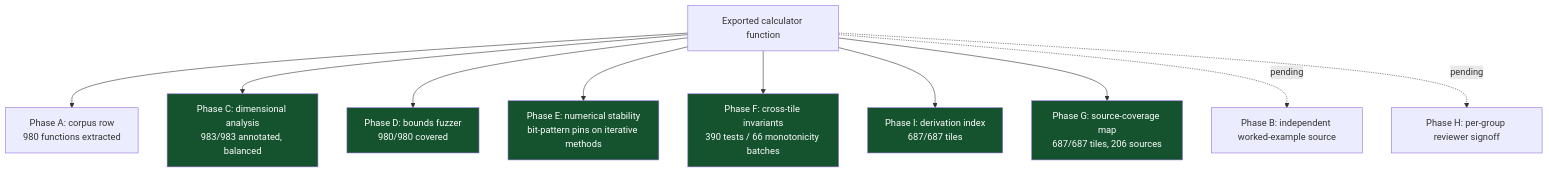
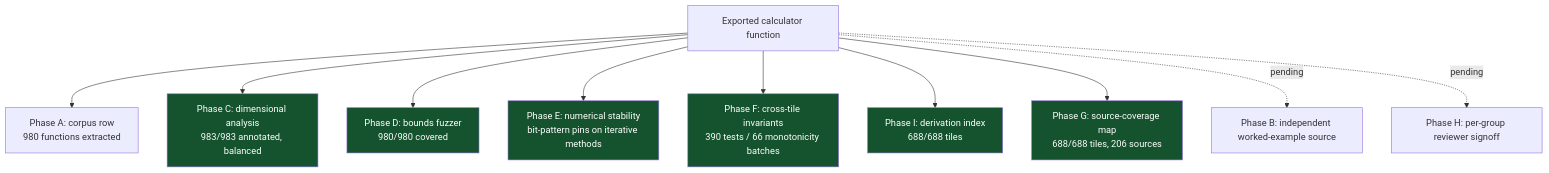
Before and after one commit to clay-good/roughlogic.com: the sixth of 8 diagrams in README.md, drawn with Mermaid. The commit also changed other lines of this file and 13 other files, not shown here.

````diff
--- a/README.md
+++ b/README.md
@@ -468,18 +470,18 @@
 ```mermaid
 flowchart TB
     F[Exported calculator function] --> A[Phase A: corpus row\n980 functions extracted]
     F --> C[Phase C: dimensional analysis\n983/983 annotated, balanced]
     F --> D[Phase D: bounds fuzzer\n980/980 covered]
     F --> E[Phase E: numerical stability\nbit-pattern pins on iterative methods]
     F --> Fa[Phase F: cross-tile invariants\n390 tests / 66 monotonicity batches]
-    F --> I[Phase I: derivation index\n687/687 tiles]
-    F --> G[Phase G: source-coverage map\n687/687 tiles, 206 sources]
+    F --> I[Phase I: derivation index\n688/688 tiles]
+    F --> G[Phase G: source-coverage map\n688/688 tiles, 206 sources]
     F -.pending.-> B[Phase B: independent worked-example source]
     F -.pending.-> H[Phase H: per-group reviewer signoff]
     style C fill:#14532d,color:#fff
     style D fill:#14532d,color:#fff
     style E fill:#14532d,color:#fff
     style Fa fill:#14532d,color:#fff
     style G fill:#14532d,color:#fff
     style I fill:#14532d,color:#fff
 ```
````
